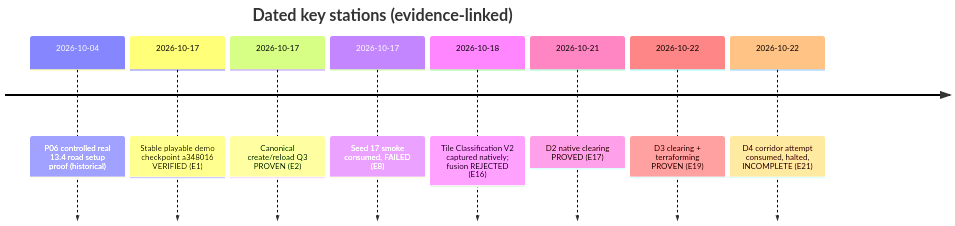
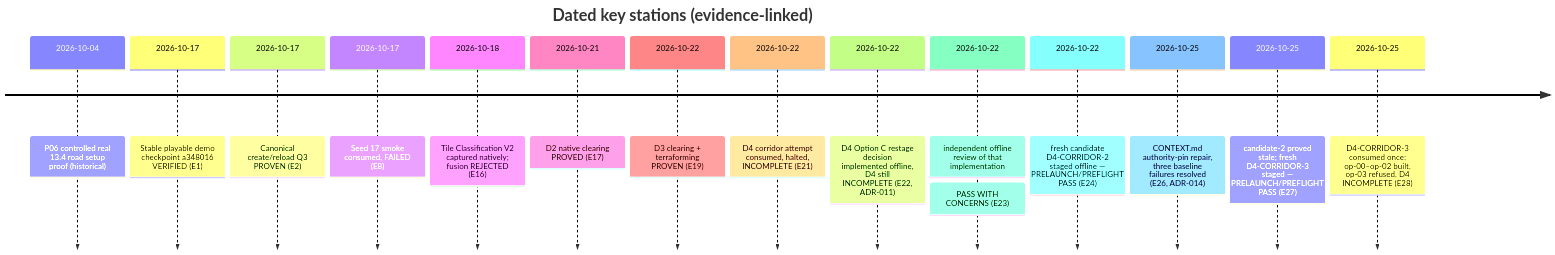
The diagram in OpenTTD-Knowledge/00-Project/Roadmap.md (Team-Project-SIET/softdev2), drawn with Mermaid before and after one commit. The commit also changed other lines of this file and 62 other files, not shown here.

````diff
--- a/OpenTTD-Knowledge/00-Project/Roadmap.md
+++ b/OpenTTD-Knowledge/00-Project/Roadmap.md
@@ -20,12 +20,18 @@
 ```mermaid
 timeline
     title Dated key stations (evidence-linked)
     2026-10-04 : P06 controlled real 13.4 road setup proof (historical)
     2026-10-17 : Stable playable demo checkpoint a348016 VERIFIED (E1)
     2026-10-17 : Canonical create/reload Q3 PROVEN (E2)
     2026-10-17 : Seed 17 smoke consumed, FAILED (E8)
     2026-10-18 : Tile Classification V2 captured natively; fusion REJECTED (E16)
     2026-10-21 : D2 native clearing PROVED (E17)
     2026-10-22 : D3 clearing + terraforming PROVEN (E19)
     2026-10-22 : D4 corridor attempt consumed, halted, INCOMPLETE (E21)
+    2026-10-22 : D4 Option C restage decision implemented offline, D4 still INCOMPLETE (E22, ADR-011)
+    2026-10-22 : independent offline review of that implementation: PASS WITH CONCERNS (E23)
+    2026-10-22 : fresh candidate D4-CORRIDOR-2 staged offline — PRELAUNCH/PREFLIGHT PASS (E24)
+    2026-10-25 : CONTEXT.md authority-pin repair, three baseline failures resolved (E26, ADR-014)
+    2026-10-25 : candidate-2 proved stale; fresh D4-CORRIDOR-3 staged — PRELAUNCH/PREFLIGHT PASS (E27)
+    2026-10-25 : D4-CORRIDOR-3 consumed once; op-00–op-02 built, op-03 refused, D4 INCOMPLETE (E28)
 ```
````
